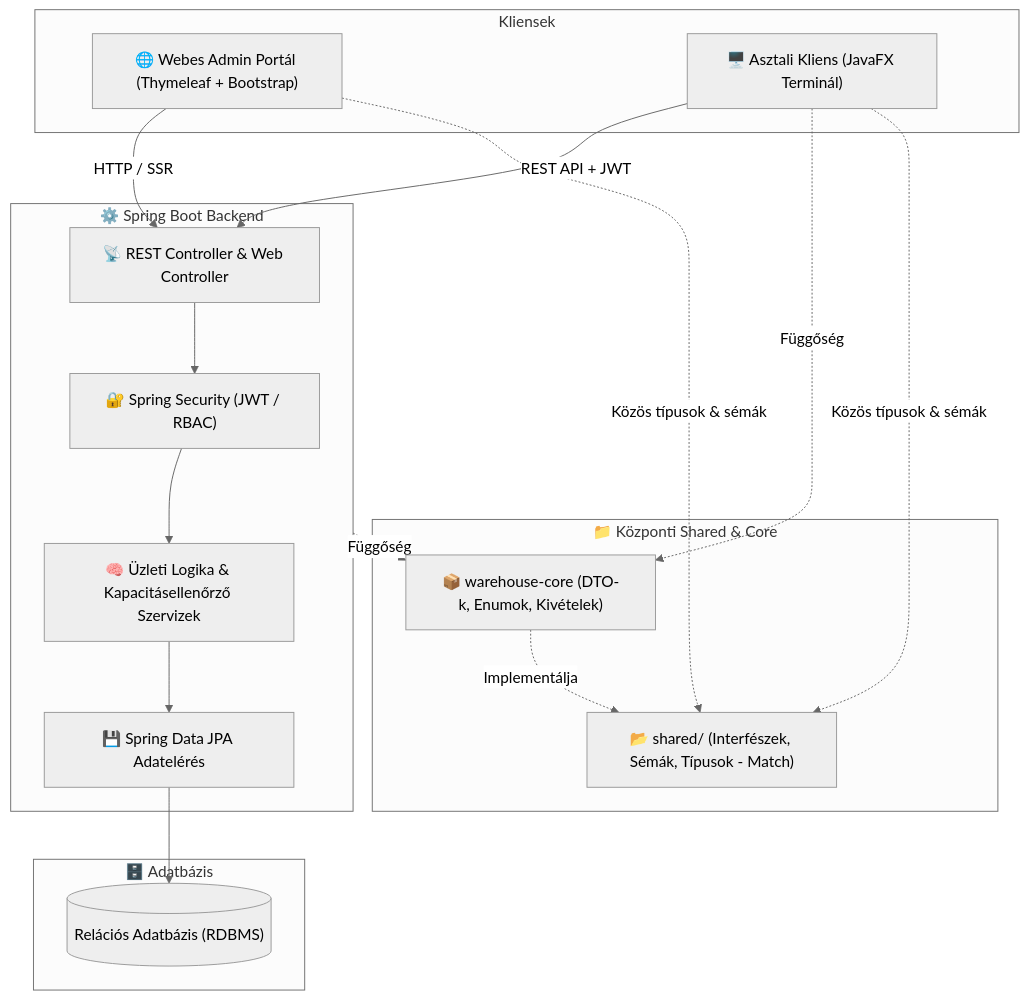
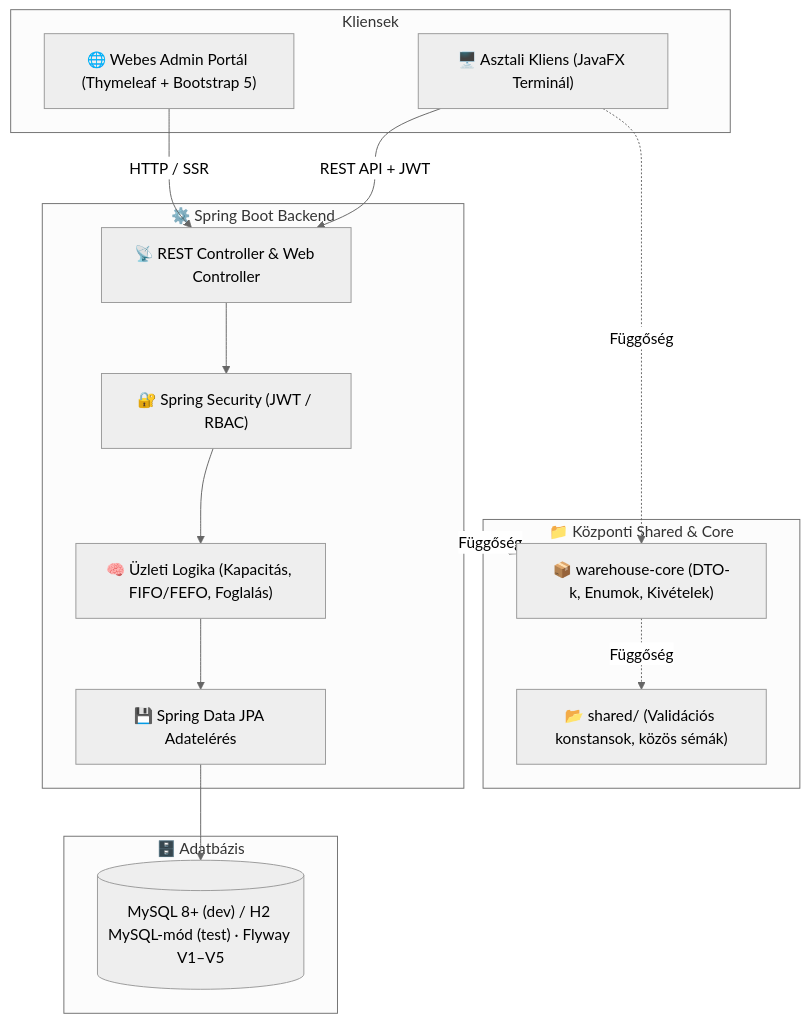
The diagram in README.md (DominikNagy02/Selejt-Management), drawn with Mermaid (neutral theme) before and after one commit. The commit also changed other lines of this file, not shown here.

Commit message:
docs: update README with current architecture, API and roadmap

````diff
--- a/README.md
+++ b/README.md
@@ -36,35 +35,33 @@
 ```mermaid
 graph TD
     subgraph Kliensek
-        WEB["🌐 Webes Admin Portál (Thymeleaf + Bootstrap)"]
+        WEB["🌐 Webes Admin Portál (Thymeleaf + Bootstrap 5)"]
         FX["🖥️ Asztali Kliens (JavaFX Terminál)"]
     end
 
     subgraph Backend ["⚙️ Spring Boot Backend"]
         SEC["🔐 Spring Security (JWT / RBAC)"]
         API["📡 REST Controller & Web Controller"]
-        SVC["🧠 Üzleti Logika & Kapacitásellenőrző Szervizek"]
+        SVC["🧠 Üzleti Logika (Kapacitás, FIFO/FEFO, Foglalás)"]
         REPO["💾 Spring Data JPA Adatelérés"]
     end
 
     subgraph Perzisztencia ["🗄️ Adatbázis"]
-        DB[("Relációs Adatbázis (RDBMS)")]
+        DB[("MySQL 8+ (dev) / H2 MySQL-mód (test) · Flyway V1–V5")]
     end
 
     subgraph Központi ["📁 Központi Shared & Core"]
-        SHARED["📂 shared/ (Interfészek, Sémák, Típusok - Match)"]
+        SHARED["📂 shared/ (Validációs konstansok, közös sémák)"]
         CORE["📦 warehouse-core (DTO-k, Enumok, Kivételek)"]
     end
 
     WEB -->|HTTP / SSR| API
     FX -->|REST API + JWT| API
     API --> SEC
     SEC --> SVC
     SVC --> REPO
     REPO --> DB
     Backend -.->|Függőség| CORE
     FX -.->|Függőség| CORE
-    CORE -.->|Implementálja| SHARED
-    WEB -.->|Közös típusok & sémák| SHARED
-    FX -.->|Közös típusok & sémák| SHARED
+    CORE -.->|Függőség| SHARED
 ```
````
